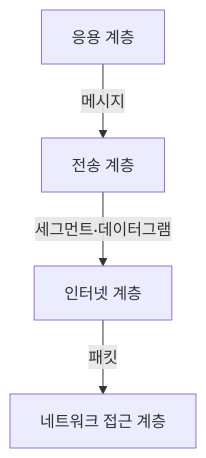
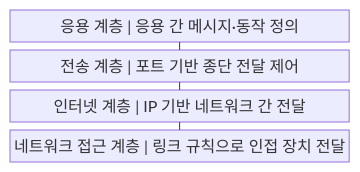
The first of 2 diagrams in src/content/docs/notes/04-network/002_tcp_ip_model.md (agnusdei1207/knowledge-base), drawn with Mermaid before and after one commit. The commit also changed other lines of this file and 20 other files, not shown here.

````diff
--- a/src/content/docs/notes/04-network/002_tcp_ip_model.md
+++ b/src/content/docs/notes/04-network/002_tcp_ip_model.md
@@ -54,10 +56,11 @@
 ```mermaid
-flowchart TB
-    A["응용 계층"]
-    T["전송 계층"]
-    I["인터넷 계층"]
-    L["네트워크 접근 계층"]
-    A -->|메시지| T
-    T -->|세그먼트·데이터그램| I
-    I -->|패킷| L
+block
+    columns 1
+    A["응용 계층 | 응용 간 메시지·동작 정의"]
+    B["전송 계층 | 포트 기반 종단 전달 제어"]
+    C["인터넷 계층 | IP 기반 네트워크 간 전달"]
+    D["네트워크 접근 계층 | 링크 규칙으로 인접 장치 전달"]
+    A --- B
+    B --- C
+    C --- D
 ```
````
